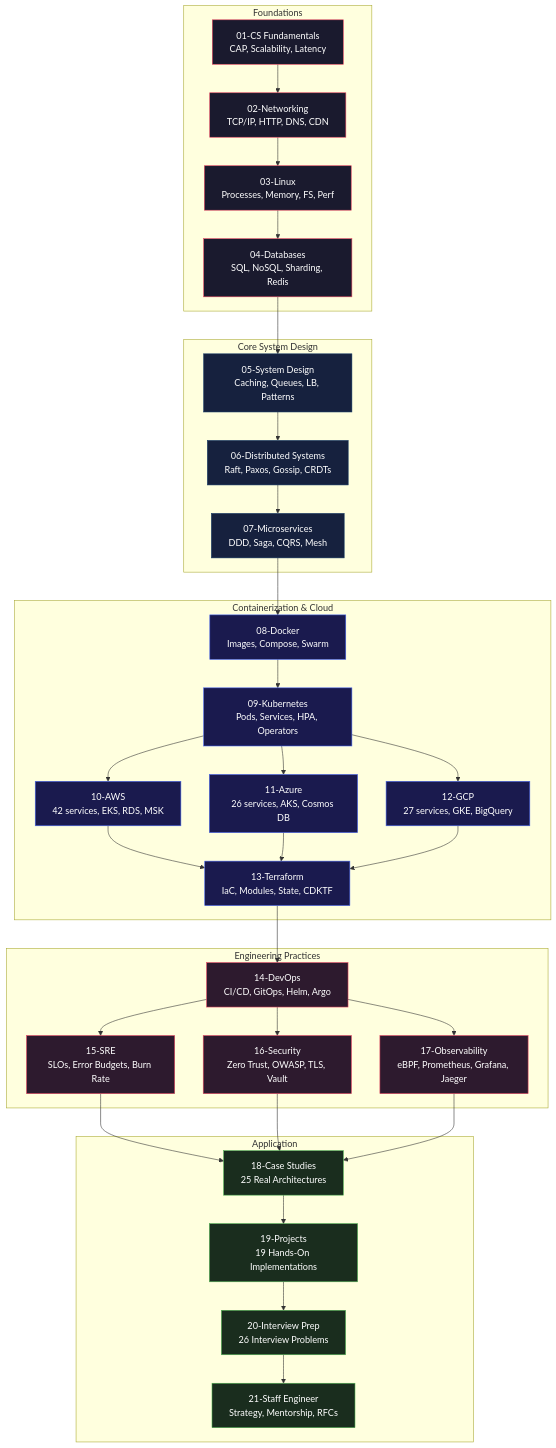
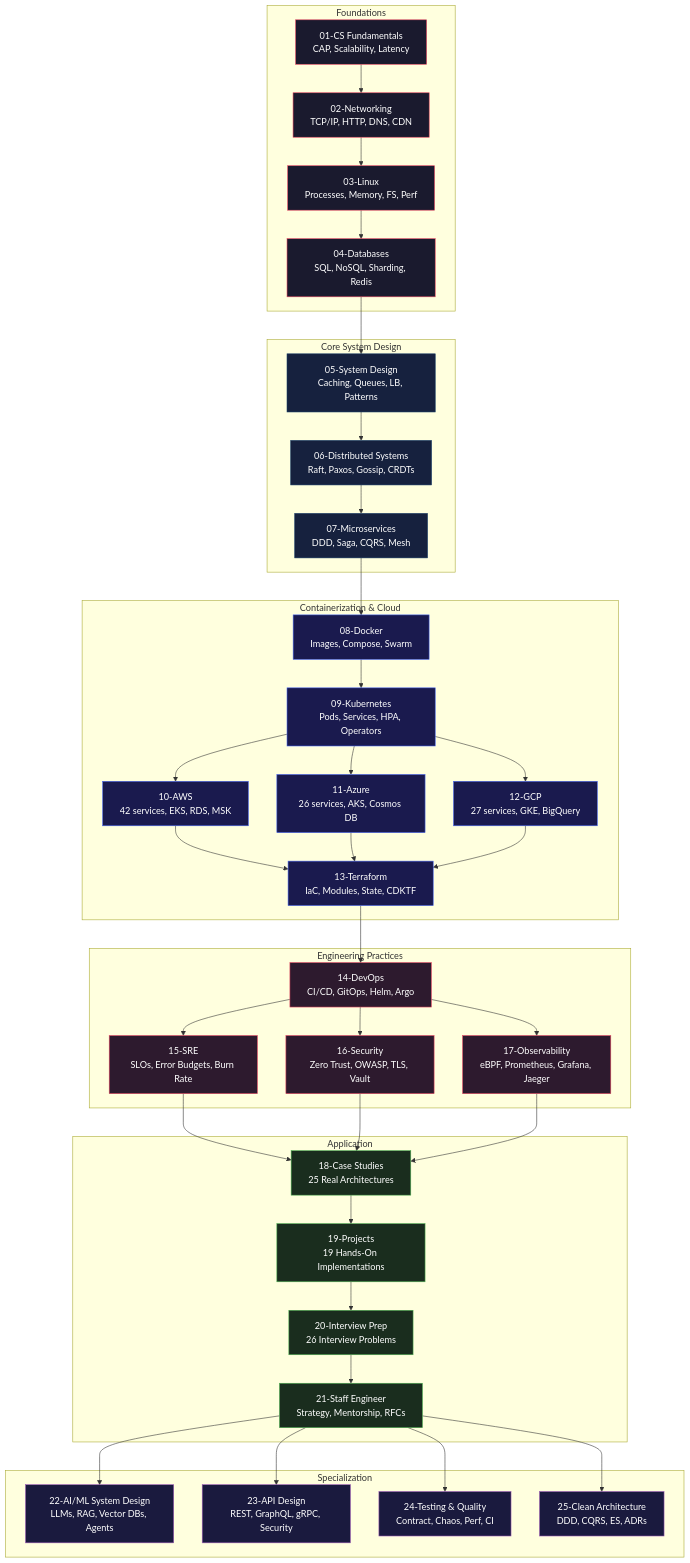
One commit to ajju853/SystemDesignHandbook changed the diagram in README.md. Above: the diagram before and after it, drawn with Mermaid. The commit also changed other lines of this file and 48 other files, not shown here.

First line of the commit message:
feat: add 4 new modules (22-25) — AI/ML System Design, API Design, Testing & Quality Engineering, Clean Architecture

````diff
--- a/README.md
+++ b/README.md
@@ -51,52 +51,61 @@
 ```mermaid
 graph TB
     classDef foundation fill:#1a1a2e,stroke:#e94560,color:#fff
     classDef core fill:#16213e,stroke:#0f3460,color:#fff
     classDef cloud fill:#1a1a4e,stroke:#4361ee,color:#fff
     classDef advanced fill:#2d1a2e,stroke:#e94560,color:#fff
     classDef capstone fill:#1a2d1e,stroke:#4caf50,color:#fff
+    classDef specialization fill:#1a1a3e,stroke:#9b59b6,color:#fff
 
     subgraph "Foundations"
         CS["01-CS Fundamentals<br/>CAP, Scalability, Latency"]:::foundation
         NET["02-Networking<br/>TCP/IP, HTTP, DNS, CDN"]:::foundation
         LIN["03-Linux<br/>Processes, Memory, FS, Perf"]:::foundation
         DB["04-Databases<br/>SQL, NoSQL, Sharding, Redis"]:::foundation
     end
 
     subgraph "Core System Design"
         SD["05-System Design<br/>Caching, Queues, LB, Patterns"]:::core
         DS["06-Distributed Systems<br/>Raft, Paxos, Gossip, CRDTs"]:::core
         MS["07-Microservices<br/>DDD, Saga, CQRS, Mesh"]:::core
     end
 
     subgraph "Containerization & Cloud"
         DOCK["08-Docker<br/>Images, Compose, Swarm"]:::cloud
         K8S["09-Kubernetes<br/>Pods, Services, HPA, Operators"]:::cloud
         AWS["10-AWS<br/>42 services, EKS, RDS, MSK"]:::cloud
         AZ["11-Azure<br/>26 services, AKS, Cosmos DB"]:::cloud
         GCP["12-GCP<br/>27 services, GKE, BigQuery"]:::cloud
         TF["13-Terraform<br/>IaC, Modules, State, CDKTF"]:::cloud
     end
 
     subgraph "Engineering Practices"
         DEV["14-DevOps<br/>CI/CD, GitOps, Helm, Argo"]:::advanced
         SRE["15-SRE<br/>SLOs, Error Budgets, Burn Rate"]:::advanced
         SEC["16-Security<br/>Zero Trust, OWASP, TLS, Vault"]:::advanced
         OBS["17-Observability<br/>eBPF, Prometheus, Grafana, Jaeger"]:::advanced
     end
 
     subgraph "Application"
         CASE["18-Case Studies<br/>25 Real Architectures"]:::capstone
         PROJ["19-Projects<br/>19 Hands-On Implementations"]:::capstone
         INT["20-Interview Prep<br/>26 Interview Problems"]:::capstone
         STAFF["21-Staff Engineer<br/>Strategy, Mentorship, RFCs"]:::capstone
     end
 
+    subgraph "Specialization"
+        AI["22-AI/ML System Design<br/>LLMs, RAG, Vector DBs, Agents"]:::specialization
+        API["23-API Design<br/>REST, GraphQL, gRPC, Security"]:::specialization
+        TEST["24-Testing & Quality<br/>Contract, Chaos, Perf, CI"]:::specialization
+        ARCH["25-Clean Architecture<br/>DDD, CQRS, ES, ADRs"]:::specialization
+    end
+
     CS --> NET --> LIN --> DB
     DB --> SD --> DS --> MS
     MS --> DOCK --> K8S
     K8S --> AWS & AZ & GCP
     AWS & AZ & GCP --> TF --> DEV
     DEV --> SRE & SEC & OBS
     SRE & SEC & OBS --> CASE --> PROJ --> INT --> STAFF
+    STAFF --> AI & API & TEST & ARCH
 ```
````
